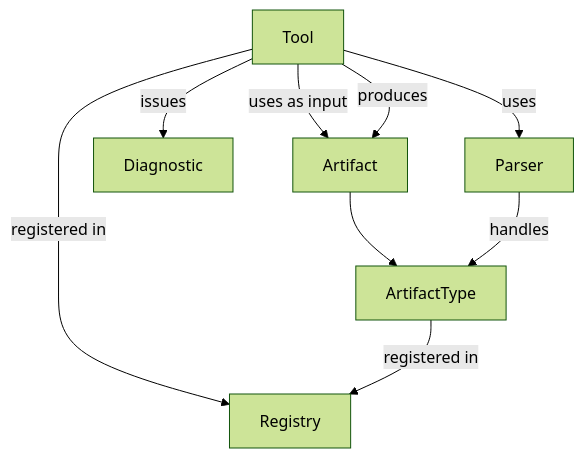
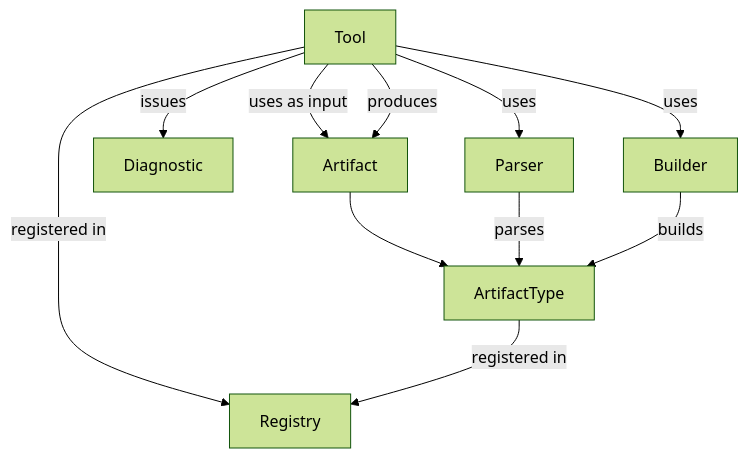
Before and after one commit to setms/sew: the diagram in src/main/ideas/tools.md, drawn with Mermaid (forest theme). The commit also changed other lines of this file, not shown here.

````diff
--- a/src/main/ideas/tools.md
+++ b/src/main/ideas/tools.md
@@ -9,11 +9,13 @@
 ```mermaid
 graph
     Artifact --> ArtifactType
     Tool -- uses as input --> Artifact
     Tool -- produces --> Artifact
     Tool -- issues --> Diagnostic
     Tool -- uses --> Parser
-    Parser -- handles --> ArtifactType
+    Tool -- uses --> Builder
+    Parser -- parses --> ArtifactType
+    Builder -- builds --> ArtifactType
     Tool -- registered in --> Registry
     ArtifactType -- registered in --> Registry
 ```
````
